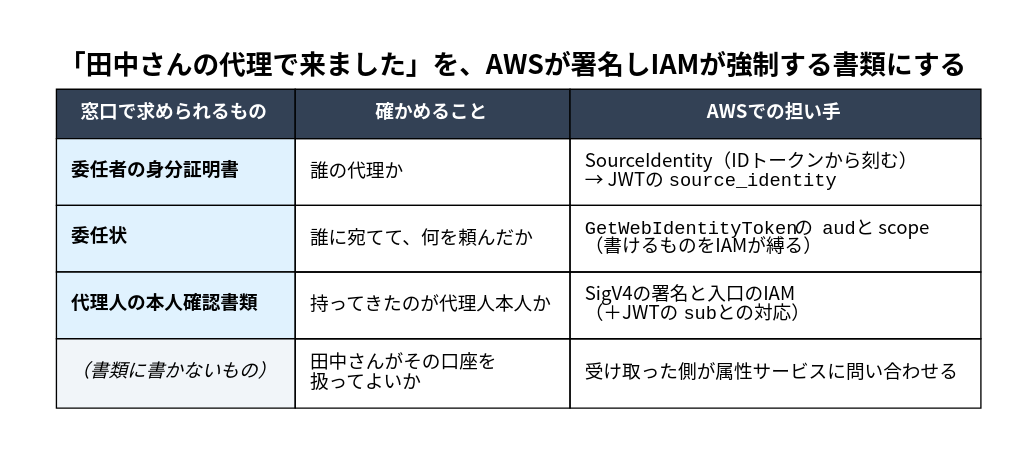
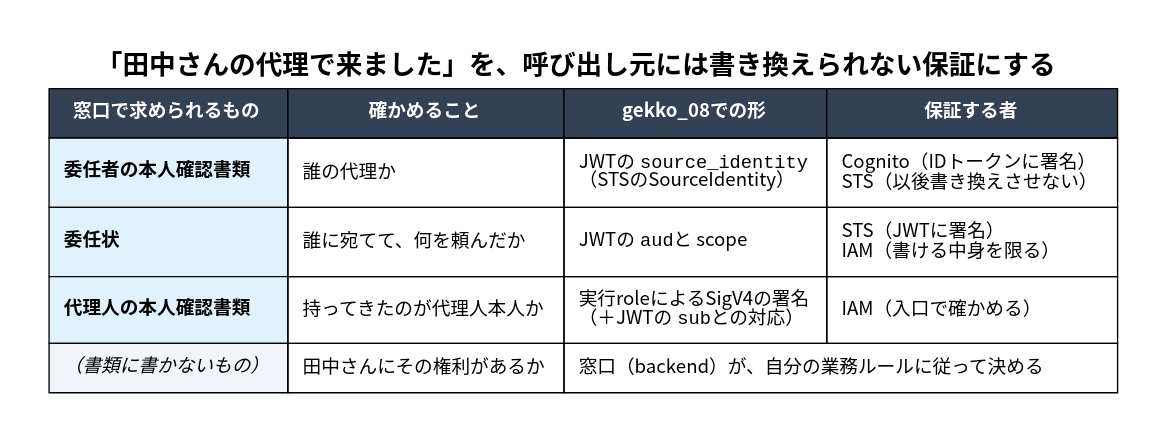
Before and after one commit to mahitotsu/gekko_08: the diagram in drafts/images/01-delegation-mapping.dot, drawn with Graphviz. The commit also changed 2 other files, not shown here.

```diff
--- a/drafts/images/01-delegation-mapping.dot
+++ b/drafts/images/01-delegation-mapping.dot
@@ -1,34 +1,37 @@
 digraph G {
-  graph [fontname="Noto Sans CJK JP", bgcolor="white", pad="0.4", nodesep="0.5", ranksep="0.35", rankdir=TB, label=<<b>「田中さんの代理で来ました」を、AWSが署名しIAMが強制する書類にする</b>>, labelloc=t, fontsize=20];
+  graph [fontname="Noto Sans CJK JP", bgcolor="white", pad="0.4", label=<<b>「田中さんの代理で来ました」を、呼び出し元には書き換えられない保証にする</b>>, labelloc=t, fontsize=20];
   node [fontname="Noto Sans CJK JP", shape=plain, fontsize=14];
-  edge [fontname="Noto Sans CJK JP"];
 
   t [label=<
   <table border="0" cellborder="1" cellspacing="0" cellpadding="10">
     <tr>
       <td bgcolor="#334155"><font color="white"><b>窓口で求められるもの</b></font></td>
       <td bgcolor="#334155"><font color="white"><b>確かめること</b></font></td>
-      <td bgcolor="#334155"><font color="white"><b>AWSでの担い手</b></font></td>
+      <td bgcolor="#334155"><font color="white"><b>gekko_08での形</b></font></td>
+      <td bgcolor="#334155"><font color="white"><b>保証する者</b></font></td>
     </tr>
     <tr>
-      <td bgcolor="#e0f2fe" align="left" balign="left"><b>委任者の身分証明書</b></td>
+      <td bgcolor="#e0f2fe" align="left" balign="left"><b>委任者の本人確認書類</b></td>
       <td align="left" balign="left">誰の代理か</td>
-      <td align="left" balign="left">SourceIdentity（IDトークンから刻む）<br/>→ JWTの <font face="monospace">source_identity</font></td>
+      <td align="left" balign="left">JWTの <font face="monospace">source_identity</font><br/>（STSのSourceIdentity）</td>
+      <td align="left" balign="left">Cognito（IDトークンに署名）<br/>STS（以後書き換えさせない）</td>
     </tr>
     <tr>
       <td bgcolor="#e0f2fe" align="left" balign="left"><b>委任状</b></td>
       <td align="left" balign="left">誰に宛てて、何を頼んだか</td>
-      <td align="left" balign="left"><font face="monospace">GetWebIdentityToken</font> の <font face="monospace">aud</font> と scope<br/>（書けるものをIAMが縛る）</td>
+      <td align="left" balign="left">JWTの <font face="monospace">aud</font> と scope</td>
+      <td align="left" balign="left">STS（JWTに署名）<br/>IAM（書ける中身を限る）</td>
     </tr>
     <tr>
       <td bgcolor="#e0f2fe" align="left" balign="left"><b>代理人の本人確認書類</b></td>
       <td align="left" balign="left">持ってきたのが代理人本人か</td>
-      <td align="left" balign="left">SigV4の署名と入口のIAM<br/>（＋JWTの <font face="monospace">sub</font> との対応）</td>
+      <td align="left" balign="left">実行roleによるSigV4の署名<br/>（＋JWTの <font face="monospace">sub</font> との対応）</td>
+      <td align="left" balign="left">IAM（入口で確かめる）</td>
     </tr>
     <tr>
       <td bgcolor="#f1f5f9" align="left" balign="left"><i>（書類に書かないもの）</i></td>
-      <td align="left" balign="left">田中さんがその口座を<br/>扱ってよいか</td>
-      <td align="left" balign="left">受け取った側が属性サービスに問い合わせる</td>
+      <td align="left" balign="left">田中さんにその権利があるか</td>
+      <td align="left" balign="left" colspan="2">窓口（backend）が、自分の業務ルールに従って決める</td>
     </tr>
   </table>>];
 }
```
